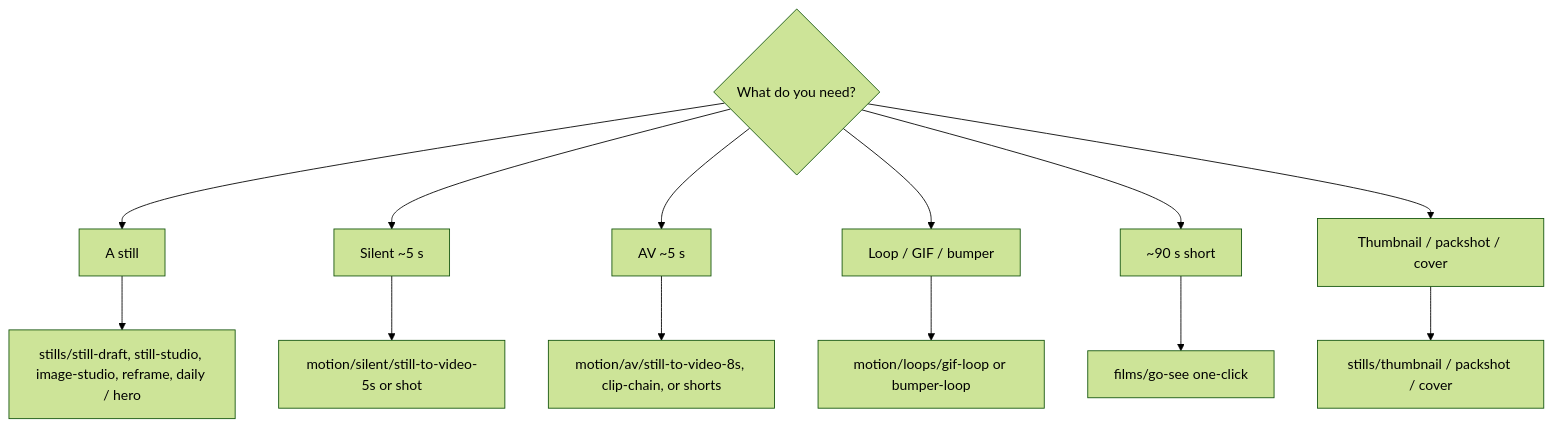
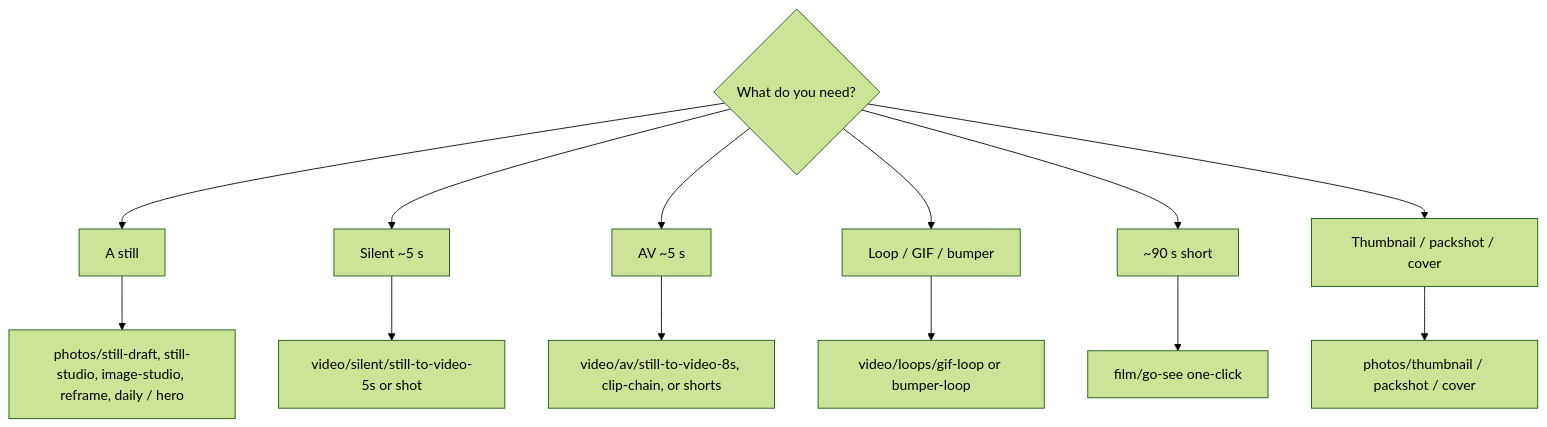
Before and after one commit to toxicoder/ez-comfy-stack: the diagram in docs/studio-workflows.mdx, drawn with Mermaid (forest theme). The commit also changed other lines of this file and 1249 other files, not shown here.

````diff
--- a/docs/studio-workflows.mdx
+++ b/docs/studio-workflows.mdx
@@ -42,15 +55,15 @@
 ```mermaid
 flowchart TB
   Need{"What do you need?"} --> Still["A still"]
   Need --> Motion["Silent ~5 s"]
   Need --> AV["AV ~5 s"]
   Need --> Loop["Loop / GIF / bumper"]
   Need --> Film["~90 s short"]
   Need --> Plate["Thumbnail / packshot / cover"]
-  Still --> K["stills/still-draft, still-studio, image-studio, reframe, daily / hero"]
-  Motion --> W["motion/silent/still-to-video-5s or shot"]
-  AV --> L["motion/av/still-to-video-8s, clip-chain, or shorts"]
-  Loop --> G["motion/loops/gif-loop or bumper-loop"]
-  Film --> F["films/go-see one-click"]
-  Plate --> C["stills/thumbnail / packshot / cover"]
+  Still --> K["photos/still-draft, still-studio, image-studio, reframe, daily / hero"]
+  Motion --> W["video/silent/still-to-video-5s or shot"]
+  AV --> L["video/av/still-to-video-8s, clip-chain, or shorts"]
+  Loop --> G["video/loops/gif-loop or bumper-loop"]
+  Film --> F["film/go-see one-click"]
+  Plate --> C["photos/thumbnail / packshot / cover"]
 ```
````
